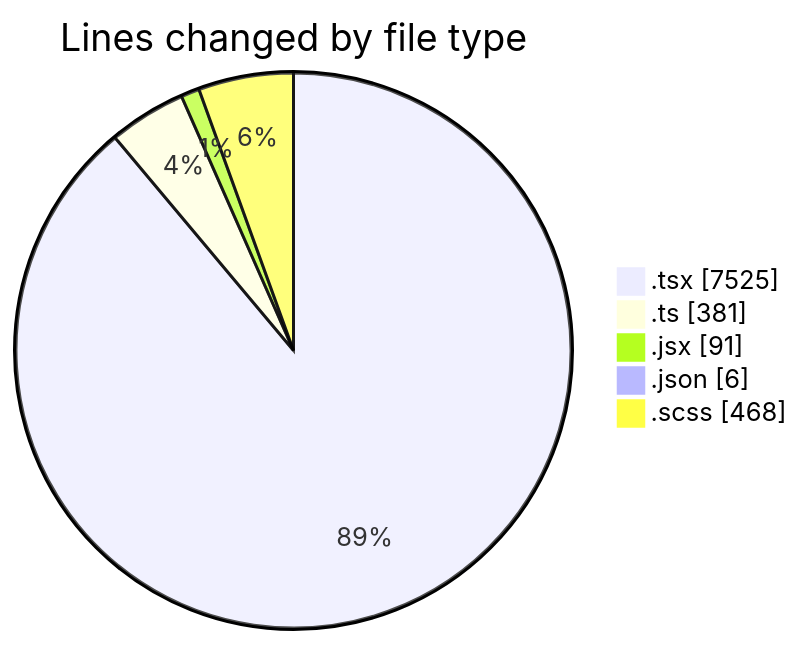
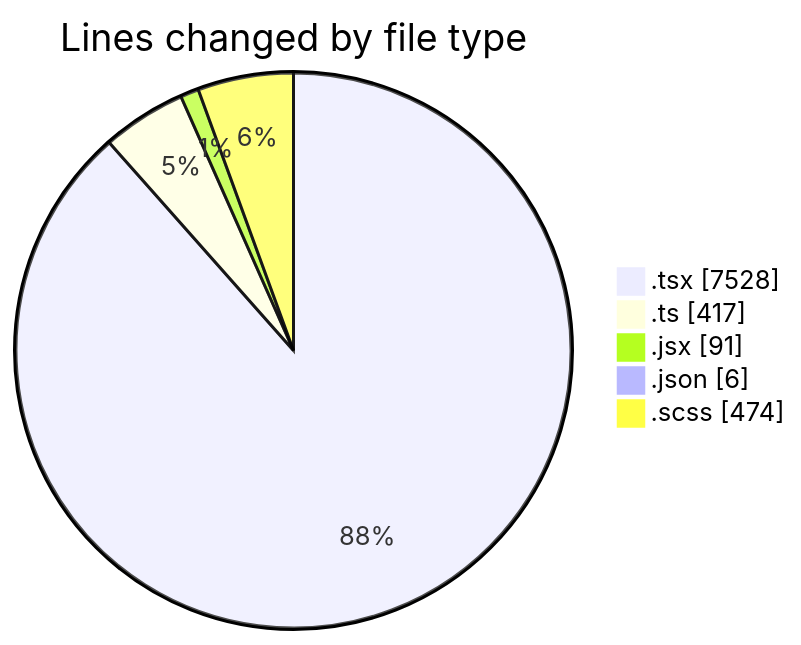
The first of 2 diagrams in 2026-04-27/cda/README.md (momahboobian/code-tracking), drawn with Mermaid before and after one commit. The commit also changed other lines of this file and 1 other file, not shown here.

````diff
--- a/2026-04-27/cda/README.md
+++ b/2026-04-27/cda/README.md
@@ -46,9 +48,9 @@
 ```mermaid
 pie showData
 title Lines changed by file type
-".tsx" : 7525
-".ts" : 381
+".tsx" : 7528
+".ts" : 417
 ".jsx" : 91
 ".json" : 6
-".scss" : 468
+".scss" : 474
 ```
````
